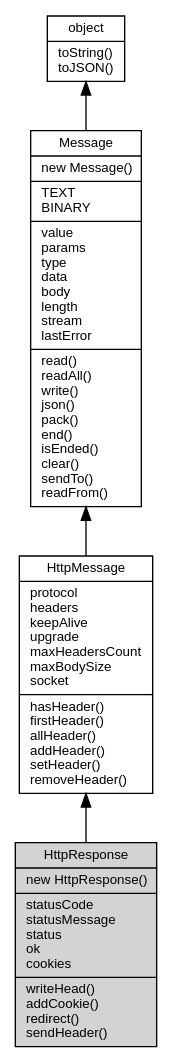
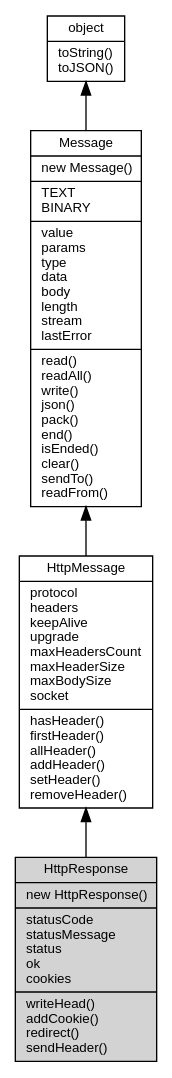
Before and after one commit to fibjs/fibjs.org: the diagram in docs/manual/object/ifs/HttpResponse.md, drawn with Graphviz. The commit also changed other lines of this file and 13 other files, not shown here.

````diff
--- a/docs/manual/object/ifs/HttpResponse.md
+++ b/docs/manual/object/ifs/HttpResponse.md
@@ -23,14 +23,14 @@
 ```dot
 digraph {
     node [fontname="Helvetica,sans-Serif", fontsize=10, shape="record", style="filled", fillcolor="white"];
 
     object [tooltip="object", URL="object.md", label="{object|toString()\ltoJSON()\l}"];
     Message [tooltip="Message", URL="Message.md", label="{Message|new Message()\l|TEXT\lBINARY\l|value\lparams\ltype\ldata\lbody\llength\lstream\llastError\l|read()\lreadAll()\lwrite()\ljson()\lpack()\lend()\lisEnded()\lclear()\lsendTo()\lreadFrom()\l}"];
-    HttpMessage [tooltip="HttpMessage", URL="HttpMessage.md", label="{HttpMessage|protocol\lheaders\lkeepAlive\lupgrade\lmaxHeadersCount\lmaxBodySize\lsocket\l|hasHeader()\lfirstHeader()\lallHeader()\laddHeader()\lsetHeader()\lremoveHeader()\l}"];
+    HttpMessage [tooltip="HttpMessage", URL="HttpMessage.md", label="{HttpMessage|protocol\lheaders\lkeepAlive\lupgrade\lmaxHeadersCount\lmaxHeaderSize\lmaxBodySize\lsocket\l|hasHeader()\lfirstHeader()\lallHeader()\laddHeader()\lsetHeader()\lremoveHeader()\l}"];
     HttpResponse [tooltip="HttpResponse", fillcolor="lightgray", id="me", label="{HttpResponse|new HttpResponse()\l|statusCode\lstatusMessage\lstatus\lok\lcookies\l|writeHead()\laddCookie()\lredirect()\lsendHeader()\l}"];
 
     object -> Message [dir=back];
     Message -> HttpMessage [dir=back];
     HttpMessage -> HttpResponse [dir=back];
 }
 ```
````
